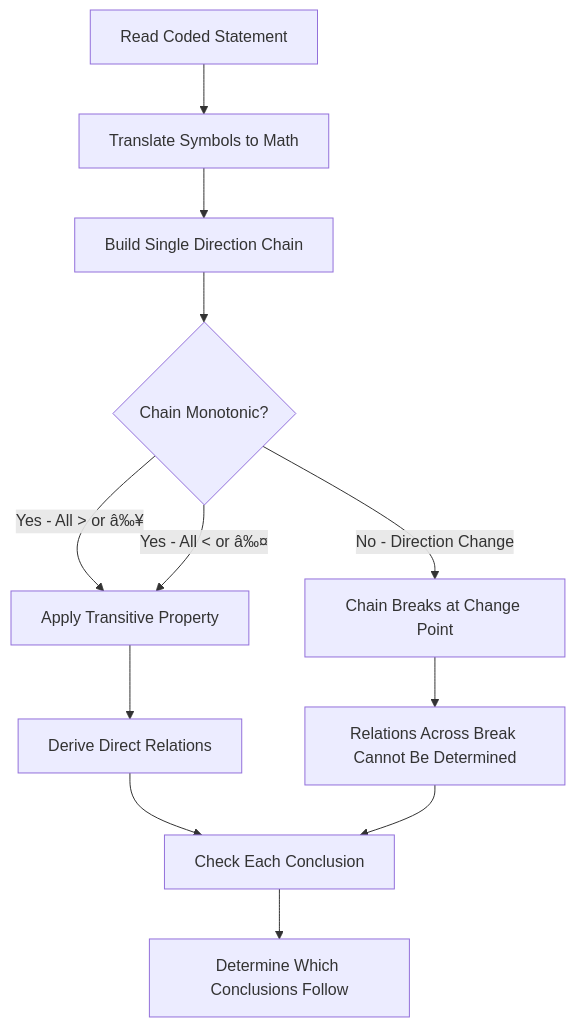
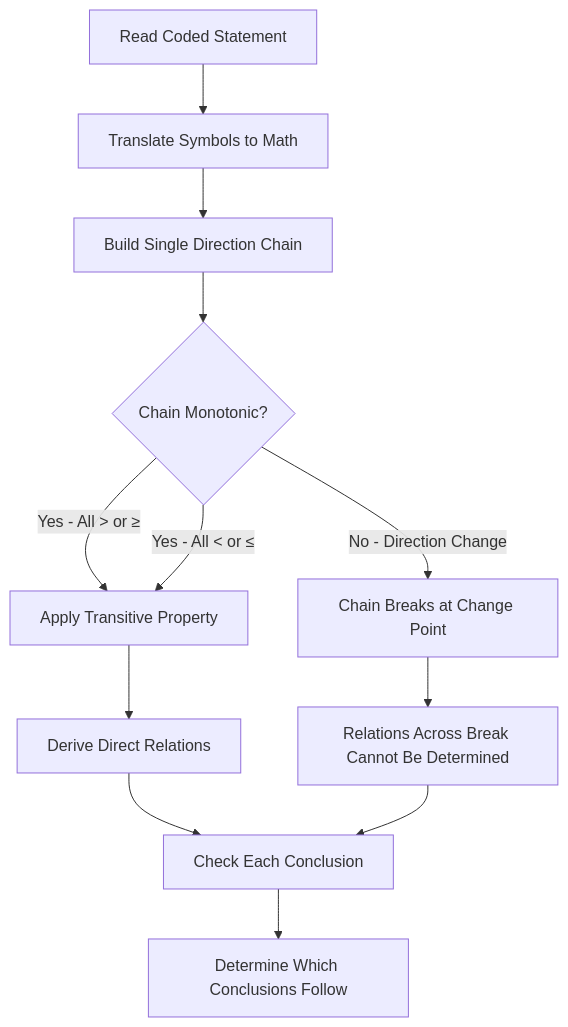
One commit to Raushan666java/ai-engineering-journey changed the first of 2 diagrams in docs/courses/reasoning-ability/04-inequalities-data-sufficiency.md. Above: the diagram before and after it, drawn with Mermaid. The commit also changed other lines of this file and 965 other files, not shown here.

````diff
--- a/docs/courses/reasoning-ability/04-inequalities-data-sufficiency.md
+++ b/docs/courses/reasoning-ability/04-inequalities-data-sufficiency.md
@@ -213,14 +213,14 @@
 ```mermaid
 flowchart TD
     A[Read Coded Statement] --> B[Translate Symbols to Math]
     B --> C[Build Single Direction Chain]
     C --> D{Chain Monotonic?}
-    D -->|Yes - All > or â‰¥| E[Apply Transitive Property]
-    D -->|Yes - All < or â‰¤| E
+    D -->|Yes - All > or ≥| E[Apply Transitive Property]
+    D -->|Yes - All < or ≤| E
     D -->|No - Direction Change| F[Chain Breaks at Change Point]
     E --> G[Derive Direct Relations]
     F --> H[Relations Across Break Cannot Be Determined]
     G --> I[Check Each Conclusion]
     H --> I
     I --> J[Determine Which Conclusions Follow]
 ```
````
